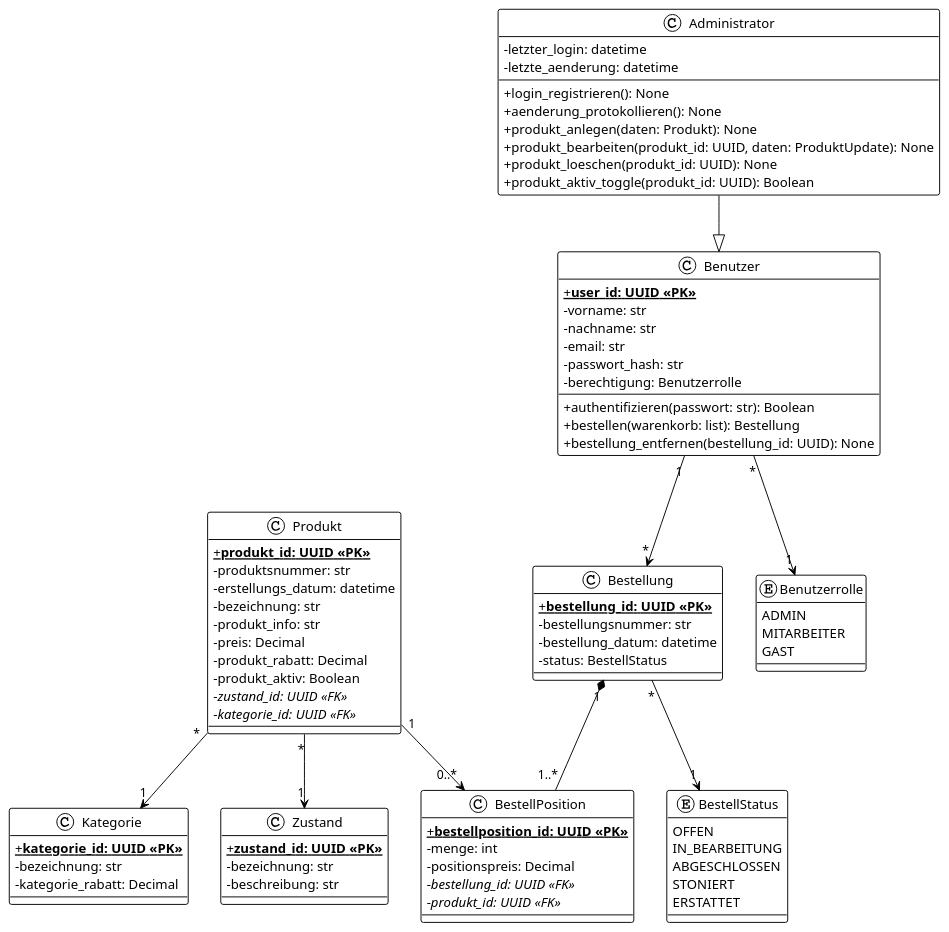
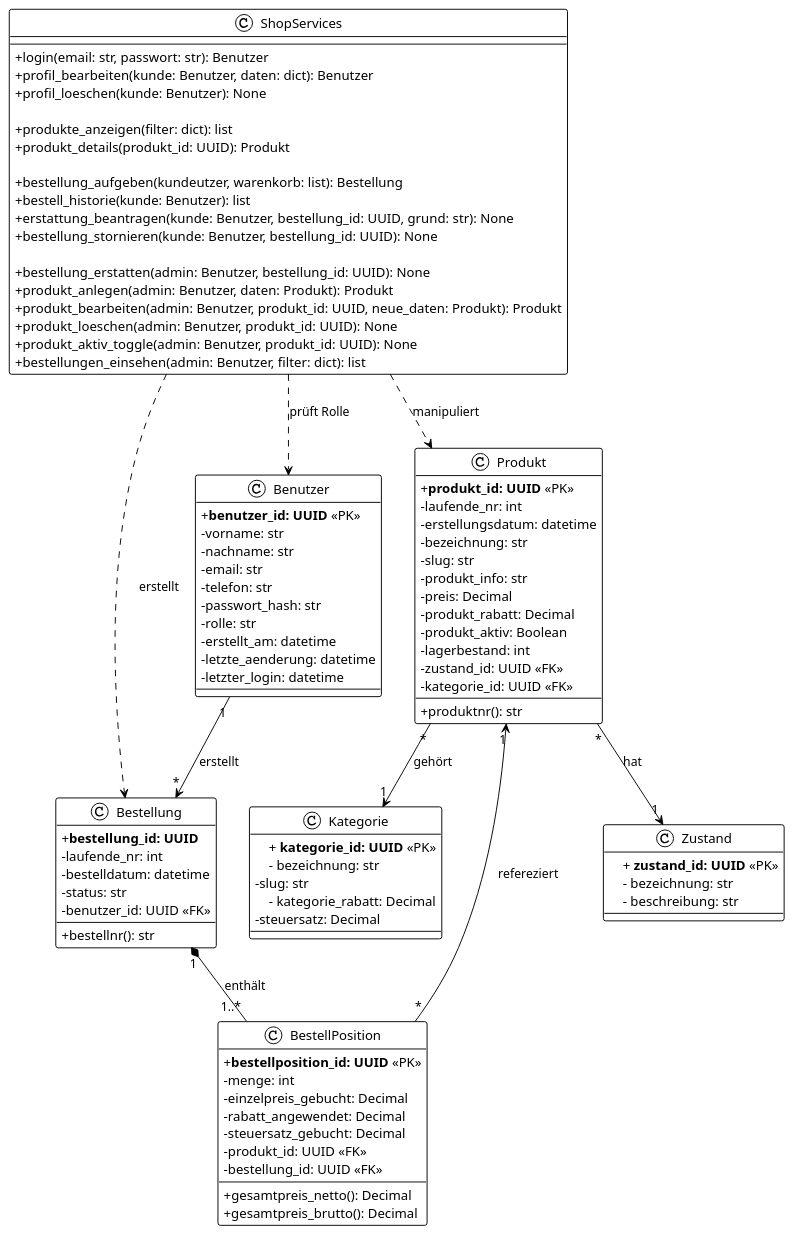
One commit to marcelo-ruediger/thriftshop changed the fifth of 5 diagrams in docs/thriftshop_dokumentation.md. Above: the diagram before and after it, drawn with PlantUML. The commit also changed other lines of this file and 25 other files, not shown here.

````diff
--- a/docs/thriftshop_dokumentation.md
+++ b/docs/thriftshop_dokumentation.md
@@ -402,93 +404,113 @@
 !theme plain
 skinparam classAttributeIconSize 0
 
+' --- ENTITÄTEN (Reine Datenträger) ---
+
 class Benutzer {
-    + {static} **user_id: UUID <<PK>>**
+    + **benutzer_id: UUID** <<PK>>
     - vorname: str
     - nachname: str
     - email: str
+    - telefon: str
     - passwort_hash: str
-    - berechtigung: Benutzerrolle
-    ---
-    + authentifizieren(passwort: str): Boolean
-    + bestellen(warenkorb: list): Bestellung
-    + bestellung_entfernen(bestellung_id: UUID): None
-}
-
-class Administrator {
+    - rolle: str
+    - erstellt_am: datetime
+    - letzte_aenderung: datetime
     - letzter_login: datetime
-    - letzte_aenderung: datetime
-    ---
-    + login_registrieren(): None
-    + aenderung_protokollieren(): None
-    + produkt_anlegen(daten: Produkt): None
-    + produkt_bearbeiten(produkt_id: UUID, daten: ProduktUpdate): None
-    + produkt_loeschen(produkt_id: UUID): None 
-    + produkt_aktiv_toggle(produkt_id: UUID): Boolean
 }
 
 class Produkt {
-    + {static} **produkt_id: UUID <<PK>>**
-    - produktsnummer: str
-    - erstellungs_datum: datetime
+    + **produkt_id: UUID** <<PK>>
+    - laufende_nr: int
+    - erstellungsdatum: datetime
     - bezeichnung: str
+    - slug: str
     - produkt_info: str
     - preis: Decimal 
-    - produkt_rabatt: Decimal 
+    - produkt_rabatt: Decimal
     - produkt_aktiv: Boolean
-    - //zustand_id: UUID <<FK>>//
-    - //kategorie_id: UUID <<FK>>//
+    - lagerbestand: int
+    - zustand_id: UUID <<FK>>
+    - kategorie_id: UUID <<FK>>
+    ---
+    + produktnr(): str
+}
+
+class Bestellung {
+    + **bestellung_id: UUID**
+    - laufende_nr: int
+    - bestelldatum: datetime
+    - status: str
+    - benutzer_id: UUID <<FK>>
+    ---
+    + bestellnr(): str
+}
+
+class BestellPosition {
+    + **bestellposition_id: UUID** <<PK>>
+    - menge: int
+    - einzelpreis_gebucht: Decimal
+    - rabatt_angewendet: Decimal
+    - steuersatz_gebucht: Decimal
+    - produkt_id: UUID <<FK>>
+    - bestellung_id: UUID <<FK>>
+    ---
+    + gesamtpreis_netto(): Decimal
+    + gesamtpreis_brutto(): Decimal
+}
+
+class Zustand {
+    + **zustand_id: UUID** <<PK>>
+    - bezeichnung: str
+    - beschreibung: str
 }
 
 class Kategorie {
-    + {static} **kategorie_id: UUID <<PK>>**
-    - bezeichnung: str
-    - kategorie_rabatt: Decimal 
+    + **kategorie_id: UUID** <<PK>>
+    - bezeichnung: str
+    - slug: str                  
+    - kategorie_rabatt: Decimal
+    - steuersatz: Decimal
 }
 
-class Zustand {
-    + {static} **zustand_id: UUID <<PK>>**
-    - bezeichnung: str
-    - beschreibung: str
+' --- LOGIK-SCHICHT (Methoden - Hier passiert die Arbeit) ---
+
+class ShopServices {
+    ---
+    ' --- Authentifizierung und Profil ---
+    + login(email: str, passwort: str): Benutzer
+    + profil_bearbeiten(kunde: Benutzer, daten: dict): Benutzer
+    + profil_loeschen(kunde: Benutzer): None
+
+    ' --- Katalog und Suche ---
+    + produkte_anzeigen(filter: dict): list
+    + produkt_details(produkt_id: UUID): Produkt
+
+    ' --- Bestellprozess ---
+    + bestellung_aufgeben(kundeutzer, warenkorb: list): Bestellung
+    + bestell_historie(kunde: Benutzer): list
+    + erstattung_beantragen(kunde: Benutzer, bestellung_id: UUID, grund: str): None
+    + bestellung_stornieren(kunde: Benutzer, bestellung_id: UUID): None
+
+    ' --- Admin-Funktionen (Werfen Exceptions bei fehlenden Rechten) ---
+    + bestellung_erstatten(admin: Benutzer, bestellung_id: UUID): None
+    + produkt_anlegen(admin: Benutzer, daten: Produkt): Produkt
+    + produkt_bearbeiten(admin: Benutzer, produkt_id: UUID, neue_daten: Produkt): Produkt
+    + produkt_loeschen(admin: Benutzer, produkt_id: UUID): None
+    + produkt_aktiv_toggle(admin: Benutzer, produkt_id: UUID): None
+    + bestellungen_einsehen(admin: Benutzer, filter: dict): list
 }
 
-class Bestellung {
-    + {static} **bestellung_id: UUID <<PK>>**
-    - bestellungsnummer: str
-    - bestellung_datum: datetime
-    - status: BestellStatus
-}
+' --- BEZIEHUNGEN ---
+Benutzer "1" --> "*" Bestellung : erstellt
+Bestellung "1" *-- "1..*" BestellPosition : enthält
+Produkt "1" <-- "*" BestellPosition : refereziert
+Produkt "*" --> "1" Kategorie : gehört
+Produkt "*" --> "1" Zustand : hat
 
-class BestellPosition {
-    + {static} **bestellposition_id: UUID <<PK>>**
-    - menge: int
-    - positionspreis: Decimal
-    - //bestellung_id: UUID <<FK>>//
-    - //produkt_id: UUID <<FK>>//
-}
-
-enum BestellStatus {
-    OFFEN
-    IN_BEARBEITUNG
-    ABGESCHLOSSEN
-    STONIERT
-    ERSTATTET
-}
-
-enum Benutzerrolle {
-    ADMIN
-    MITARBEITER
-    GAST
-}
-
-Administrator --|> Benutzer
-Benutzer "1" --> "*" Bestellung
-Bestellung "1" *-- "1..*" BestellPosition
-Produkt "1" --> "0..*" BestellPosition
-Produkt "*" --> "1" Kategorie
-Produkt "*" --> "1" Zustand
-Bestellung "*" --> "1" BestellStatus
-Benutzer "*" --> "1" Benutzerrolle
+ShopServices ..> Bestellung : erstellt
+ShopServices ..> Benutzer : prüft Rolle
+ShopServices ..> Produkt : manipuliert
 
 @enduml
 ```
````
